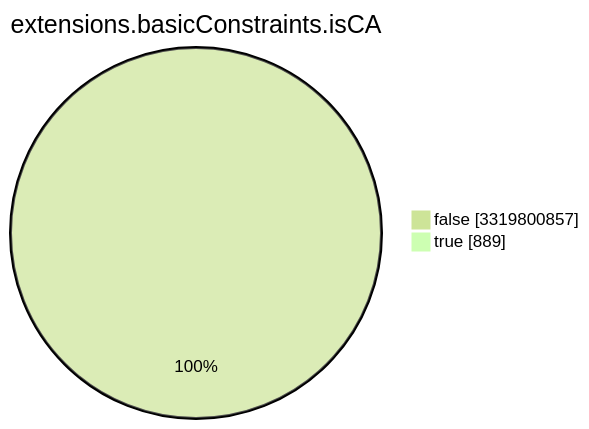
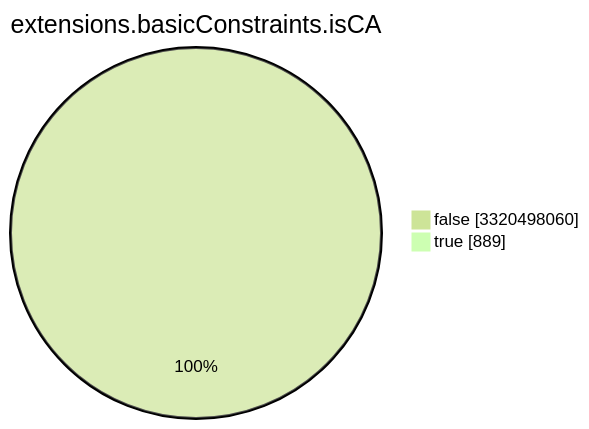
The seventh of 15 diagrams in TOTAL/README.md (christiankrug/ctmonitor_visualization), drawn with Mermaid (forest theme) before and after one commit. The commit also changed other lines of this file, not shown here.

````diff
--- a/TOTAL/README.md
+++ b/TOTAL/README.md
@@ -3089,6 +3089,6 @@
 ```mermaid
 pie showData
 title extensions.basicConstraints.isCA
-"false" :3319800857
+"false" :3320498060
 "true" :889
 ```
````
